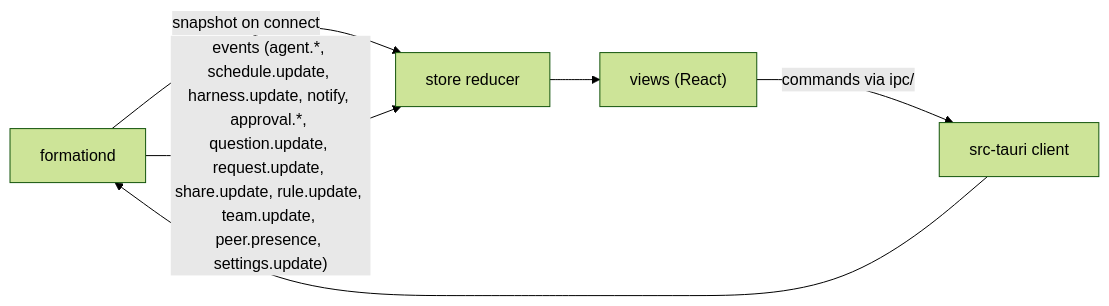
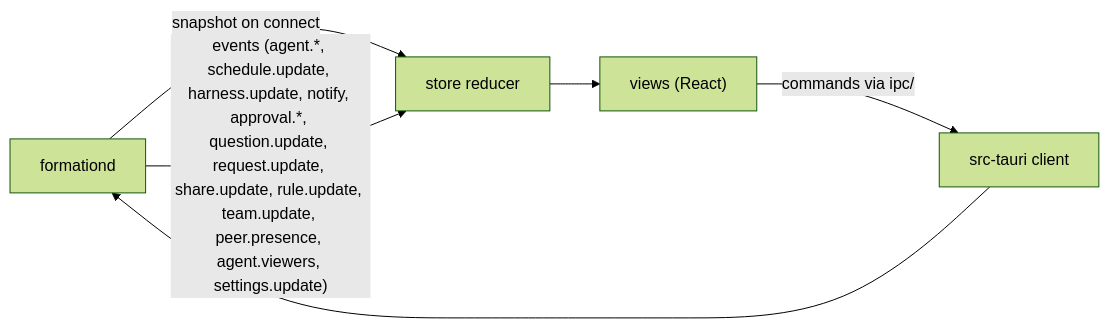
One commit to callmejustdodo/OpenGrokBot changed the diagram in documentations/5_frontend_architecture.md. Above: the diagram before and after it, drawn with Mermaid (forest theme). The commit also changed other lines of this file and 7 other files, not shown here.

````diff
--- a/documentations/5_frontend_architecture.md
+++ b/documentations/5_frontend_architecture.md
@@ -41,7 +41,7 @@
 ```mermaid
 flowchart LR
   D["formationd"] -- "snapshot on connect" --> R["store reducer"]
-  D -- "events (agent.*, schedule.update, harness.update, notify, approval.*, question.update, request.update, share.update, rule.update, team.update, peer.presence, settings.update)" --> R
+  D -- "events (agent.*, schedule.update, harness.update, notify, approval.*, question.update, request.update, share.update, rule.update, team.update, peer.presence, agent.viewers, settings.update)" --> R
   R --> V["views (React)"]
   V -- "commands via ipc/" --> T["src-tauri client"] --> D
 ```
````
